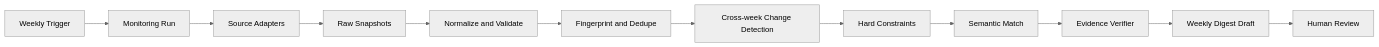
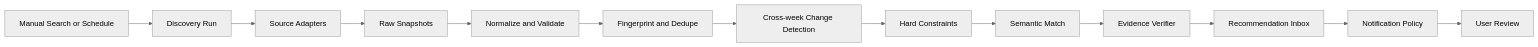
The diagram in docs/JOB_MONITORING.md (eulermonica6-hub/Lina_Agent), drawn with Mermaid (neutral theme) before and after one commit. The commit also changed other lines of this file and 12 other files, not shown here.

````diff
--- a/docs/JOB_MONITORING.md
+++ b/docs/JOB_MONITORING.md
@@ -42,14 +49,15 @@
 ```mermaid
 flowchart LR
-    CRON[Weekly Trigger] --> RUN[Monitoring Run]
+    QUERY[Manual Search or Schedule] --> RUN[Discovery Run]
     RUN --> ADAPTERS[Source Adapters]
     ADAPTERS --> RAW[Raw Snapshots]
     RAW --> NORMALIZE[Normalize and Validate]
     NORMALIZE --> DEDUPE[Fingerprint and Dedupe]
     DEDUPE --> DIFF[Cross-week Change Detection]
     DIFF --> RULES[Hard Constraints]
     RULES --> SEMANTIC[Semantic Match]
     SEMANTIC --> VERIFY[Evidence Verifier]
-    VERIFY --> DIGEST[Weekly Digest Draft]
-    DIGEST --> HUMAN[Human Review]
+    VERIFY --> INBOX[Recommendation Inbox]
+    INBOX --> NOTIFY[Notification Policy]
+    NOTIFY --> HUMAN[User Review]
 ```
````
